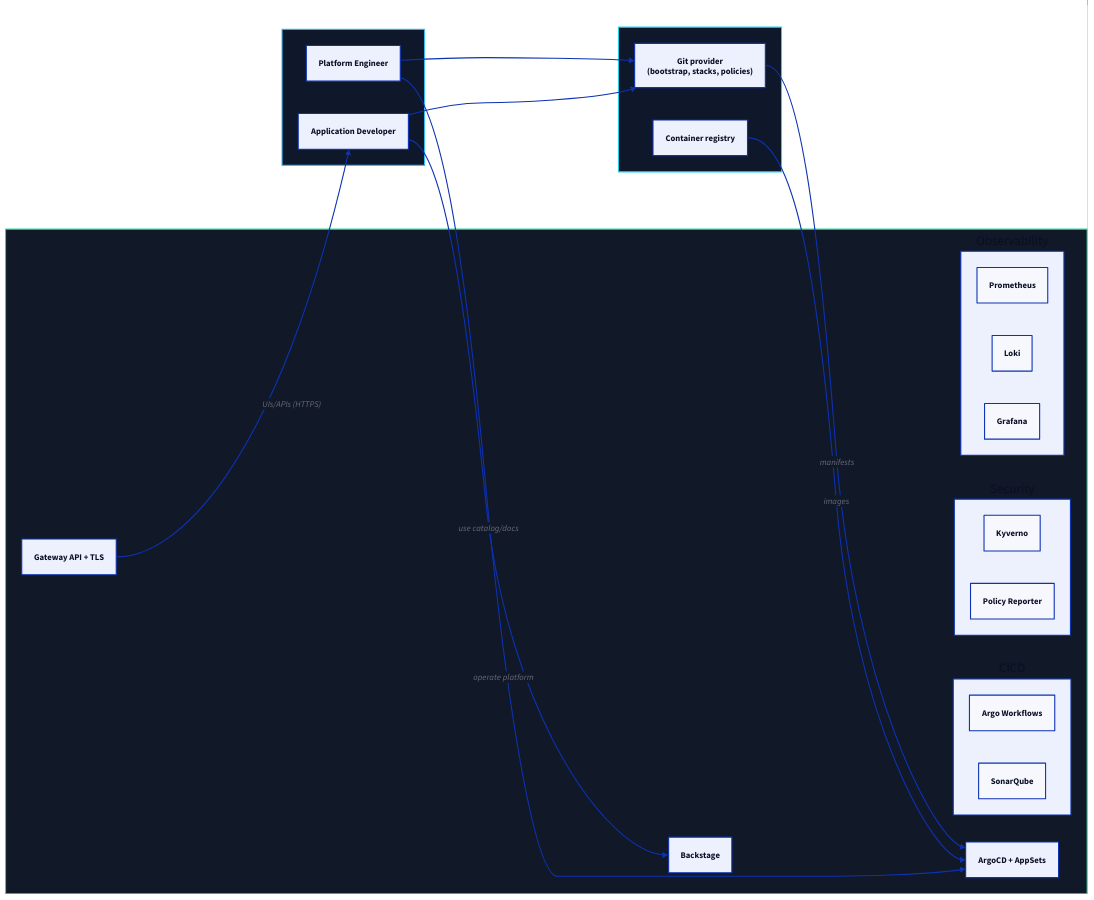
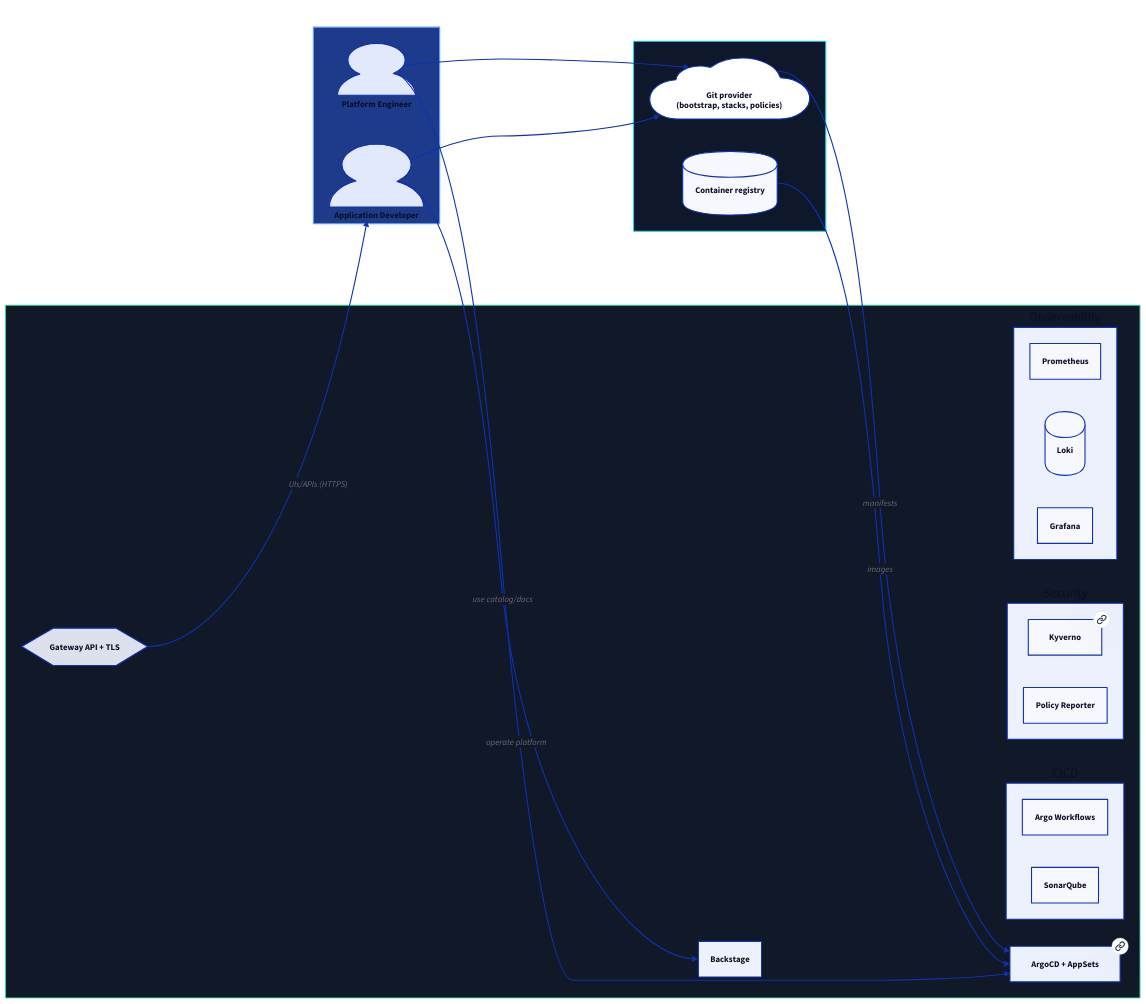
Before and after one commit to rou-cru/idp-blueprint: the first of 2 diagrams in Docs/src/content/docs/architecture/overview.md, drawn with D2. The commit also changed 6 other files, not shown here.

First line of the commit message:
docs: complete D2 diagram improvements and C4 framework coverage

````diff
--- a/Docs/src/content/docs/architecture/overview.md
+++ b/Docs/src/content/docs/architecture/overview.md
@@ -51,49 +51,71 @@
 ```d2
 direction: right
 
-classes: { actor: { style.fill: "#0f172a"; style.stroke: "#38bdf8"; style.font-color: white }
+classes: { actor: { style.fill: "#1e3a8a"; style.stroke: "#60a5fa"; style.font-color: white }
            ext: { style.fill: "#0f172a"; style.stroke: "#22d3ee"; style.font-color: white }
            system: { style.fill: "#111827"; style.stroke: "#34d399"; style.font-color: white } }
 
 Actors: {
   class: actor
-  Platform: "Platform Engineer"
-  Dev: "Application Developer"
+  Platform: {
+    shape: person
+    label: "Platform Engineer"
+  }
+  Dev: {
+    shape: person
+    label: "Application Developer"
+  }
 }
 
 External: {
   class: ext
-  Git: "Git provider\n(bootstrap, stacks, policies)"
-  Registry: "Container registry"
+  Git: {
+    label: "Git provider\n(bootstrap, stacks, policies)"
+    shape: cloud
+  }
+  Registry: {
+    label: "Container registry"
+    shape: cylinder
+  }
 }
 
 IDP: {
   class: system
   label: "IDP Blueprint cluster"
-  Gateway: "Gateway API + TLS"
-  Argo: "ArgoCD + AppSets"
+  Gateway: {
+    label: "Gateway API + TLS"
+    shape: hexagon
+  }
+  Argo: {
+    label: "ArgoCD + AppSets"
+    link: https://argo-cd.readthedocs.io
+  }
   Observability: {
     Prom: "Prometheus"
-    Loki: "Loki"
+    Loki: {
+      shape: cylinder
+    }
     Graf: "Grafana"
   }
   Security: {
-    Kyverno
+    Kyverno: {
+      link: https://kyverno.io
+    }
     Reporter: "Policy Reporter"
   }
   CICD: {
     Workflows: "Argo Workflows"
     Sonar: "SonarQube"
   }
   Portal: "Backstage"
 }
 
 Actors.Platform -> External.Git
 Actors.Dev -> External.Git
 
 External.Git -> IDP.Argo: "manifests"
 External.Registry -> IDP.Argo: "images"
 IDP.Gateway -> Actors.Dev: "UIs/APIs (HTTPS)"
 Actors.Dev -> IDP.Portal: "use catalog/docs"
 Actors.Platform -> IDP.Argo: "operate platform"
 ```
````
